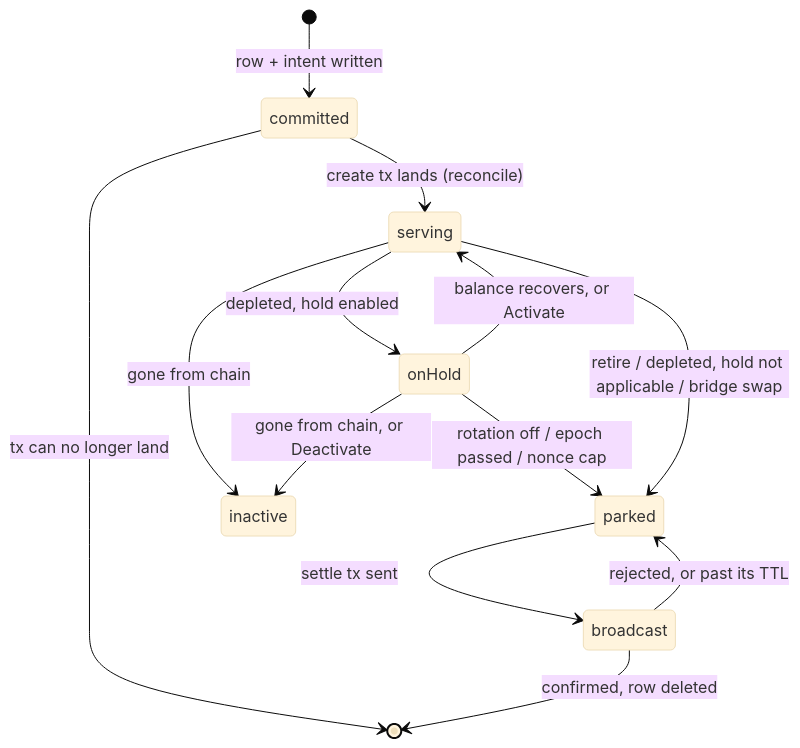
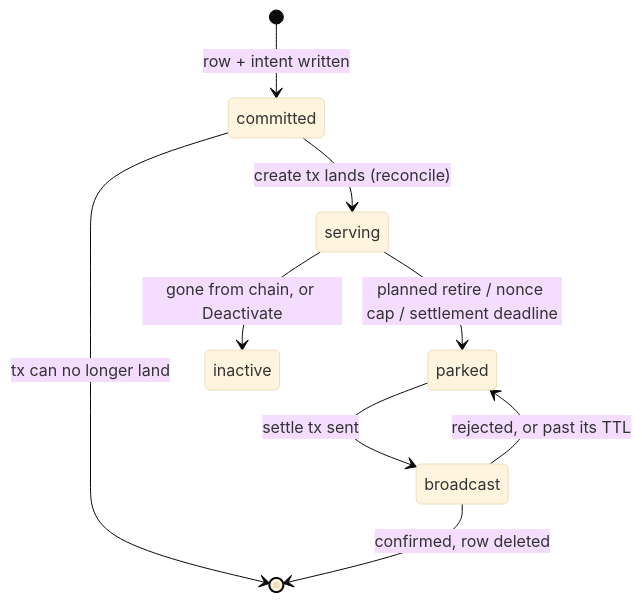
The first of 3 diagrams in devshard/cmd/gateway/docs/escrows.md (qdanik/gonka), drawn with Mermaid (base theme) before and after one commit. The commit also changed other lines of this file and 223 other files, not shown here.

````diff
--- a/devshard/cmd/gateway/docs/escrows.md
+++ b/devshard/cmd/gateway/docs/escrows.md
@@ -37,15 +38,11 @@
 ```mermaid
 stateDiagram-v2
     [*] --> committed: row + intent written
     committed --> serving: create tx lands (reconcile)
     committed --> [*]: tx can no longer land
-    serving --> onHold: depleted, hold enabled
-    onHold --> serving: balance recovers, or Activate
-    onHold --> parked: rotation off / epoch passed / nonce cap
-    serving --> parked: retire / depleted, hold not applicable / bridge swap
-    serving --> inactive: gone from chain
-    onHold --> inactive: gone from chain, or Deactivate
+    serving --> parked: planned retire / nonce cap / settlement deadline
+    serving --> inactive: gone from chain, or Deactivate
     parked --> broadcast: settle tx sent
     broadcast --> [*]: confirmed, row deleted
     broadcast --> parked: rejected, or past its TTL
 ```
````
